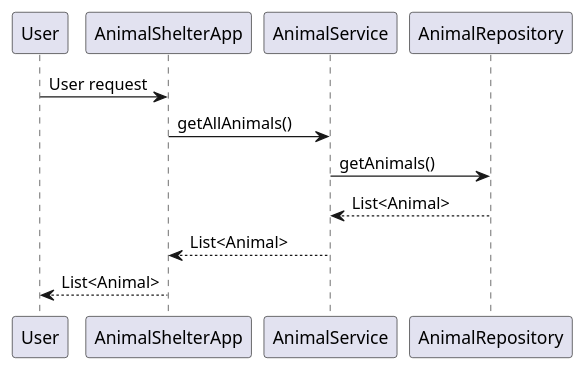
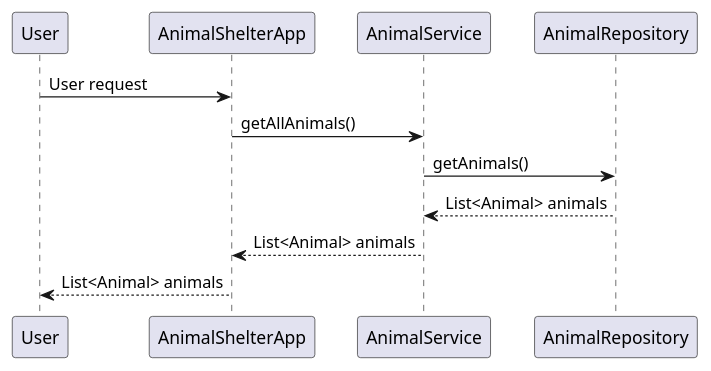
Before and after one commit to Hanagami3/Vaccination-Maxime: the diagram in analysis/returnAllAnimal/sequence_returneAllAnimal.puml, drawn with PlantUML. The commit also changed 24 other files, not shown here.

```diff
--- a/analysis/returnAllAnimal/sequence_returneAllAnimal.puml
+++ b/analysis/returnAllAnimal/sequence_returneAllAnimal.puml
@@ -1,11 +1,11 @@
 @startuml
 
 User -> AnimalShelterApp : User request
 AnimalShelterApp -> AnimalService : getAllAnimals()
 AnimalService -> AnimalRepository : getAnimals()
 
-AnimalService <-- AnimalRepository : List<Animal>
-AnimalShelterApp <-- AnimalService : List<Animal>
-User <-- AnimalShelterApp : List<Animal>
+AnimalService <-- AnimalRepository : List<Animal> animals
+AnimalShelterApp <-- AnimalService : List<Animal> animals
+User <-- AnimalShelterApp : List<Animal> animals
 
 @enduml
```
